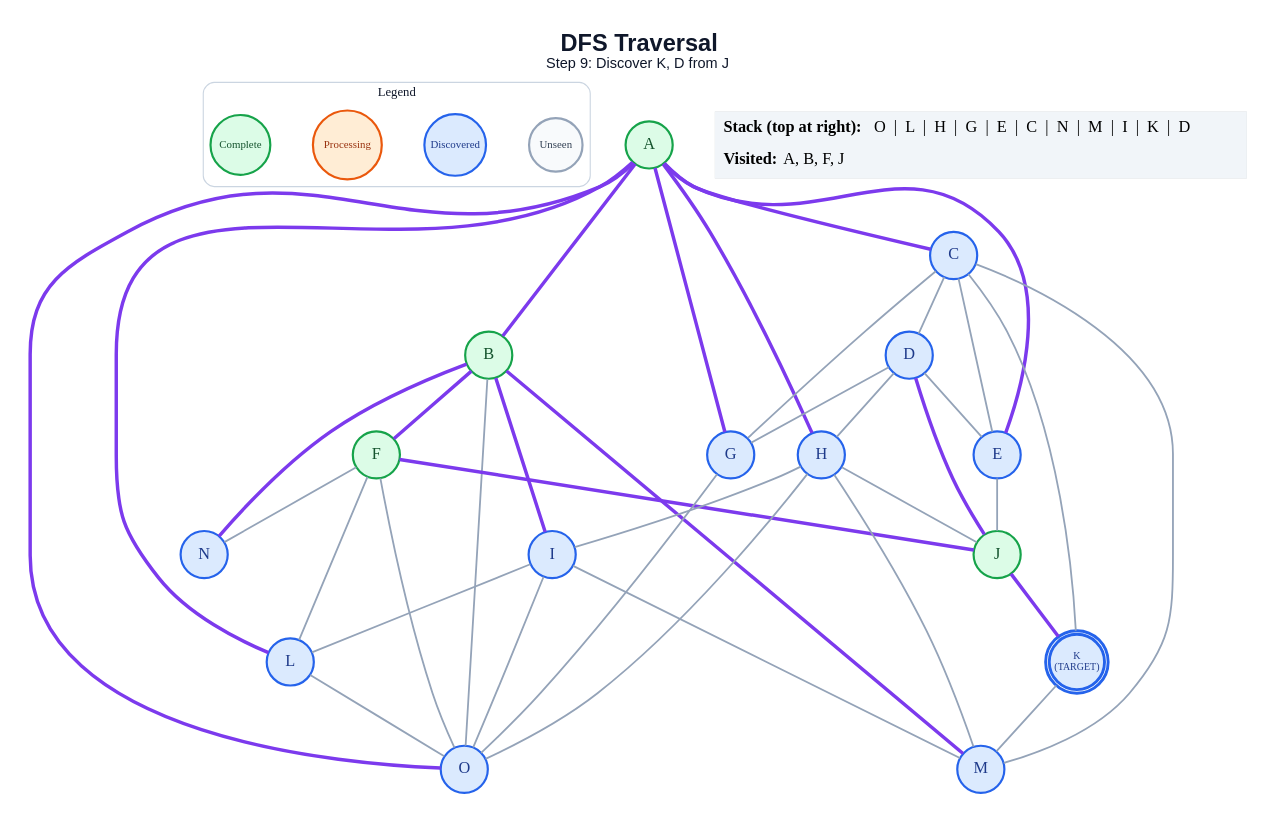
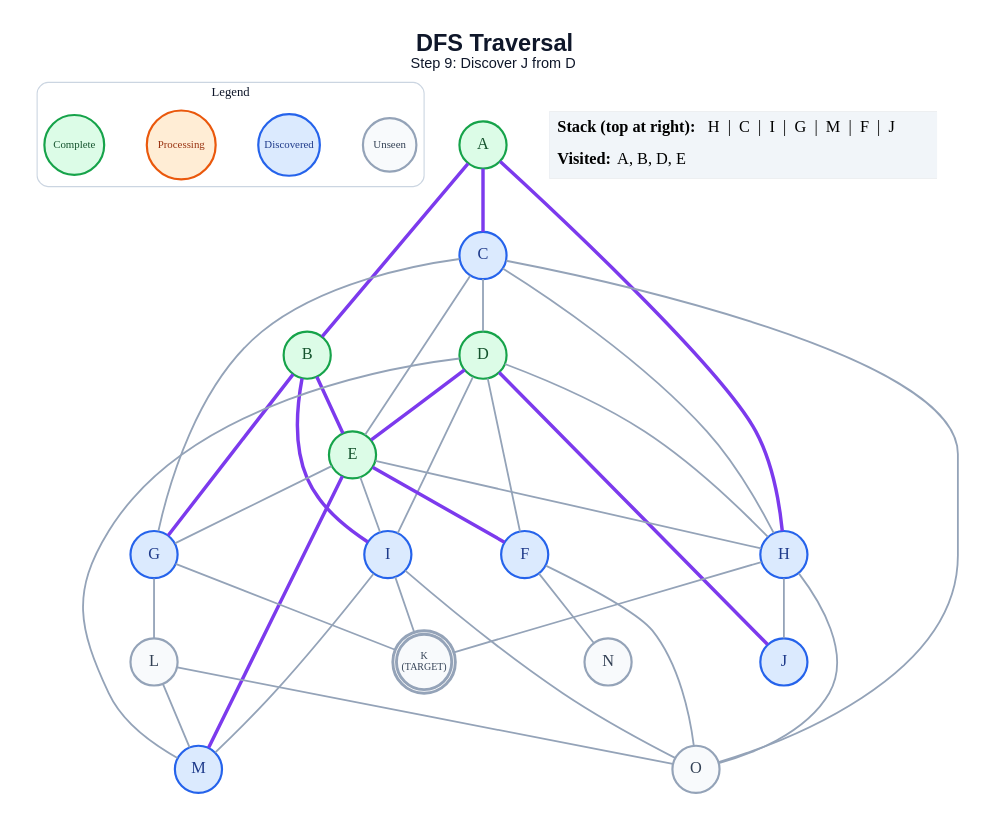
The diagram in generated/specific-node/dfs/step_09.dot (anon7238593-create/ai-slop), drawn with Graphviz before and after one commit. The commit also changed 304 other files, not shown here.

```diff
--- a/generated/specific-node/dfs/step_09.dot
+++ b/generated/specific-node/dfs/step_09.dot
@@ -1,71 +1,68 @@
 graph traversal {
   graph [layout=dot, rankdir=TB, bgcolor="#FFFFFF", pad="0.35", nodesep="0.65", ranksep="0.8", fontname="Arial"];
   node [shape=circle, style="filled", fontname="Arial Bold", fontsize=18, width=0.72, fixedsize=true, penwidth=2.4];
   edge [color="#94A3B8", penwidth=2.0];
-  label=<<B>DFS Traversal</B><BR/><FONT POINT-SIZE="16">Step 9: Discover K, D from J</FONT>>; labelloc="t"; fontsize=26; fontname="Arial"; fontcolor="#0F172A";
+  label=<<B>DFS Traversal</B><BR/><FONT POINT-SIZE="16">Step 9: Discover J from D</FONT>>; labelloc="t"; fontsize=26; fontname="Arial"; fontcolor="#0F172A";
   subgraph cluster_legend { label="Legend"; color="#CBD5E1"; penwidth=1.2; style="rounded"; fontsize=14; fontname="Arial Bold";
     key_unseen [label="Unseen", fillcolor="#F8FAFC", color="#94A3B8", fontcolor="#334155", fontsize=12, width=0.82];
     key_frontier [label="Discovered", fillcolor="#DBEAFE", color="#2563EB", fontcolor="#1E3A8A", fontsize=12, width=0.95];
     key_current [label="Processing", fillcolor="#FFEDD5", color="#EA580C", fontcolor="#9A3412", fontsize=12, width=1.05];
     key_done [label="Complete", fillcolor="#DCFCE7", color="#16A34A", fontcolor="#14532D", fontsize=12, width=0.92];
     { rank=same; key_unseen; key_frontier; key_current; key_done; }
   }
   A [label="A", fillcolor="#DCFCE7", color="#16A34A", fontcolor="#14532D", peripheries=1, penwidth=2.4];
   B [label="B", fillcolor="#DCFCE7", color="#16A34A", fontcolor="#14532D", peripheries=1, penwidth=2.4];
   C [label="C", fillcolor="#DBEAFE", color="#2563EB", fontcolor="#1E3A8A", peripheries=1, penwidth=2.4];
-  D [label="D", fillcolor="#DBEAFE", color="#2563EB", fontcolor="#1E3A8A", peripheries=1, penwidth=2.4];
-  E [label="E", fillcolor="#DBEAFE", color="#2563EB", fontcolor="#1E3A8A", peripheries=1, penwidth=2.4];
-  F [label="F", fillcolor="#DCFCE7", color="#16A34A", fontcolor="#14532D", peripheries=1, penwidth=2.4];
+  D [label="D", fillcolor="#DCFCE7", color="#16A34A", fontcolor="#14532D", peripheries=1, penwidth=2.4];
+  E [label="E", fillcolor="#DCFCE7", color="#16A34A", fontcolor="#14532D", peripheries=1, penwidth=2.4];
+  F [label="F", fillcolor="#DBEAFE", color="#2563EB", fontcolor="#1E3A8A", peripheries=1, penwidth=2.4];
   G [label="G", fillcolor="#DBEAFE", color="#2563EB", fontcolor="#1E3A8A", peripheries=1, penwidth=2.4];
   H [label="H", fillcolor="#DBEAFE", color="#2563EB", fontcolor="#1E3A8A", peripheries=1, penwidth=2.4];
   I [label="I", fillcolor="#DBEAFE", color="#2563EB", fontcolor="#1E3A8A", peripheries=1, penwidth=2.4];
-  J [label="J", fillcolor="#DCFCE7", color="#16A34A", fontcolor="#14532D", peripheries=1, penwidth=2.4];
-  K [label="K\n(TARGET)", fillcolor="#DBEAFE", color="#2563EB", fontcolor="#1E3A8A", peripheries=2, penwidth=3.2, fontsize=11, width=0.85, height=0.85];
-  L [label="L", fillcolor="#DBEAFE", color="#2563EB", fontcolor="#1E3A8A", peripheries=1, penwidth=2.4];
+  J [label="J", fillcolor="#DBEAFE", color="#2563EB", fontcolor="#1E3A8A", peripheries=1, penwidth=2.4];
+  K [label="K\n(TARGET)", fillcolor="#F8FAFC", color="#94A3B8", fontcolor="#334155", peripheries=2, penwidth=3.2, fontsize=11, width=0.85, height=0.85];
+  L [label="L", fillcolor="#F8FAFC", color="#94A3B8", fontcolor="#334155", peripheries=1, penwidth=2.4];
   M [label="M", fillcolor="#DBEAFE", color="#2563EB", fontcolor="#1E3A8A", peripheries=1, penwidth=2.4];
-  N [label="N", fillcolor="#DBEAFE", color="#2563EB", fontcolor="#1E3A8A", peripheries=1, penwidth=2.4];
-  O [label="O", fillcolor="#DBEAFE", color="#2563EB", fontcolor="#1E3A8A", peripheries=1, penwidth=2.4];
+  N [label="N", fillcolor="#F8FAFC", color="#94A3B8", fontcolor="#334155", peripheries=1, penwidth=2.4];
+  O [label="O", fillcolor="#F8FAFC", color="#94A3B8", fontcolor="#334155", peripheries=1, penwidth=2.4];
   A -- B [color="#7C3AED", penwidth=3.8];
   A -- C [color="#7C3AED", penwidth=3.8];
-  A -- E [color="#7C3AED", penwidth=3.8];
-  A -- G [color="#7C3AED", penwidth=3.8];
   A -- H [color="#7C3AED", penwidth=3.8];
-  A -- L [color="#7C3AED", penwidth=3.8];
-  A -- O [color="#7C3AED", penwidth=3.8];
-  B -- F [color="#7C3AED", penwidth=3.8];
+  B -- E [color="#7C3AED", penwidth=3.8];
+  B -- G [color="#7C3AED", penwidth=3.8];
   B -- I [color="#7C3AED", penwidth=3.8];
-  B -- M [color="#7C3AED", penwidth=3.8];
-  B -- N [color="#7C3AED", penwidth=3.8];
-  B -- O;
   C -- D;
   C -- E;
   C -- G;
-  C -- K;
-  C -- M;
-  D -- E;
-  D -- G;
+  C -- H;
+  C -- O;
+  D -- E [color="#7C3AED", penwidth=3.8];
+  D -- F;
   D -- H;
+  D -- I;
   D -- J [color="#7C3AED", penwidth=3.8];
-  E -- J;
-  F -- J [color="#7C3AED", penwidth=3.8];
-  F -- L;
+  D -- M;
+  E -- F [color="#7C3AED", penwidth=3.8];
+  E -- G;
+  E -- H;
+  E -- I;
+  E -- M [color="#7C3AED", penwidth=3.8];
   F -- N;
   F -- O;
-  G -- O;
-  H -- I;
+  G -- K;
+  G -- L;
   H -- J;
-  H -- M;
+  H -- K;
   H -- O;
-  I -- L;
+  I -- K;
   I -- M;
   I -- O;
-  J -- K [color="#7C3AED", penwidth=3.8];
-  K -- M;
+  L -- M;
   L -- O;
   status [shape=plain, fixedsize=false, width=0, height=0, margin=0, label=<
     <TABLE BORDER="0" CELLBORDER="0" CELLPADDING="7" BGCOLOR="#F1F5F9">
-      <TR><TD ALIGN="LEFT"><B>Stack (top at right):</B> O  |  L  |  H  |  G  |  E  |  C  |  N  |  M  |  I  |  K  |  D</TD></TR>
-      <TR><TD ALIGN="LEFT"><B>Visited:</B> A, B, F, J</TD></TR>
+      <TR><TD ALIGN="LEFT"><B>Stack (top at right):</B> H  |  C  |  I  |  G  |  M  |  F  |  J</TD></TR>
+      <TR><TD ALIGN="LEFT"><B>Visited:</B> A, B, D, E</TD></TR>
     </TABLE>
   >];
 }
```
